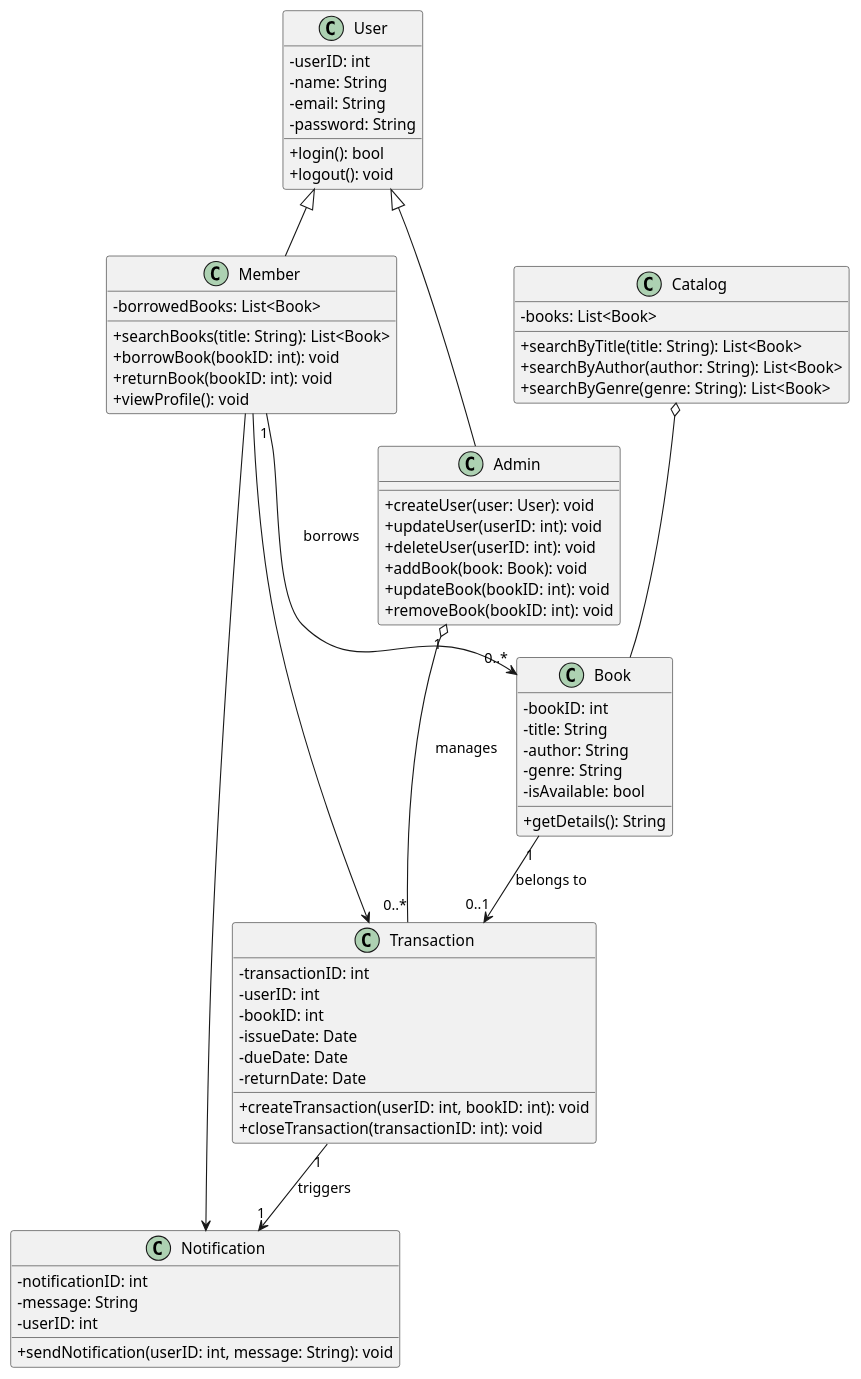
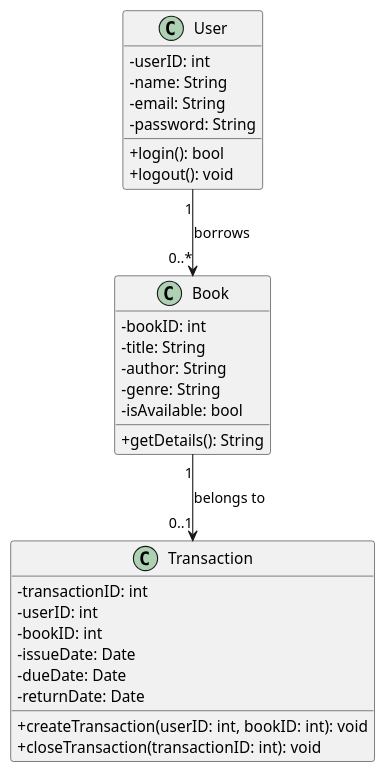
The diagram in Phase_2/class diagrams/uml.puml (nour-awad/Library-Management-System), drawn with PlantUML before and after one commit.

Commit message:
refined class diagram

```diff
--- a/Phase_2/class diagrams/uml.puml
+++ b/Phase_2/class diagrams/uml.puml
@@ -1,80 +1,42 @@
 @startuml
 skinparam classAttributeIconSize 0
 
 ' User class hierarchy
 class User {
   - userID: int
   - name: String
   - email: String
   - password: String
   + login(): bool
   + logout(): void
 }
 
-class Admin {
-  + createUser(user: User): void
-  + updateUser(userID: int): void
-  + deleteUser(userID: int): void
-  + addBook(book: Book): void
-  + updateBook(bookID: int): void
-  + removeBook(bookID: int): void
-}
-
-class Member {
-  - borrowedBooks: List<Book>
-  + searchBooks(title: String): List<Book>
-  + borrowBook(bookID: int): void
-  + returnBook(bookID: int): void
-  + viewProfile(): void
-}
-
-User <|-- Admin
-User <|-- Member
 
 ' Book and Catalog classes
 class Book {
   - bookID: int
   - title: String
   - author: String
   - genre: String
   - isAvailable: bool
   + getDetails(): String
 }
 
-class Catalog {
-  - books: List<Book>
-  + searchByTitle(title: String): List<Book>
-  + searchByAuthor(author: String): List<Book>
-  + searchByGenre(genre: String): List<Book>
-}
-
-Catalog o-- Book
 ' Transactions and Notifications
 class Transaction {
   - transactionID: int
   - userID: int
   - bookID: int
   - issueDate: Date
   - dueDate: Date
   - returnDate: Date
   + createTransaction(userID: int, bookID: int): void
   + closeTransaction(transactionID: int): void
 }
 
-class Notification {
-  - notificationID: int
-  - message: String
-  - userID: int
-  + sendNotification(userID: int, message: String): void
-}
-
-Member --> Transaction
-Member --> Notification
 
 ' Relationships and multiplicities
-Admin "1" o-- "0..*" Transaction : manages
-Member "1" --> "0..*" Book : borrows
+User "1" --> "0..*" Book : borrows
 Book "1" --> "0..1" Transaction : belongs to
-Transaction "1" --> "1" Notification : triggers
 
 @enduml
```
